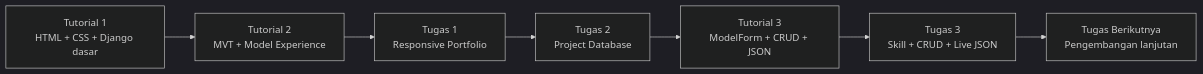
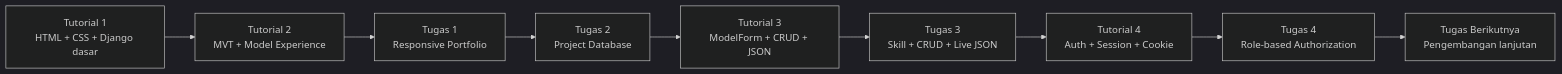
One commit to salfyea/myportofolio changed the first of 6 diagrams in README.md. Above: the diagram before and after it, drawn with Mermaid (dark theme). The commit also changed other lines of this file, not shown here.

Commit message:
docs: update readme for tutorial 4 and assignment 4

````diff
--- a/README.md
+++ b/README.md
@@ -91,12 +98,14 @@
 ```mermaid
 flowchart LR
     A[Tutorial 1<br/>HTML + CSS + Django dasar]
     B[Tutorial 2<br/>MVT + Model Experience]
     C[Tugas 1<br/>Responsive Portfolio]
     D[Tugas 2<br/>Project Database]
     E[Tutorial 3<br/>ModelForm + CRUD + JSON]
     F[Tugas 3<br/>Skill + CRUD + Live JSON]
-    G[Tugas Berikutnya<br/>Pengembangan lanjutan]
+    G[Tutorial 4<br/>Auth + Session + Cookie]
+    H[Tugas 4<br/>Role-based Authorization]
+    I[Tugas Berikutnya<br/>Pengembangan lanjutan]
 
-    A --> B --> C --> D --> E --> F --> G
+    A --> B --> C --> D --> E --> F --> G --> H --> I
 ```
````
